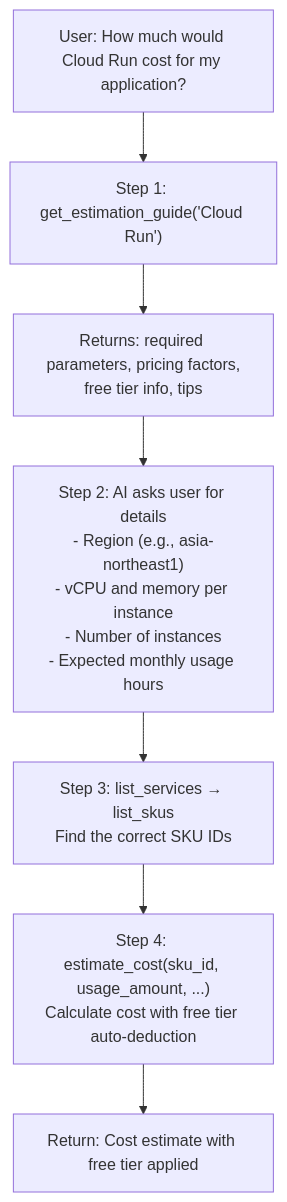
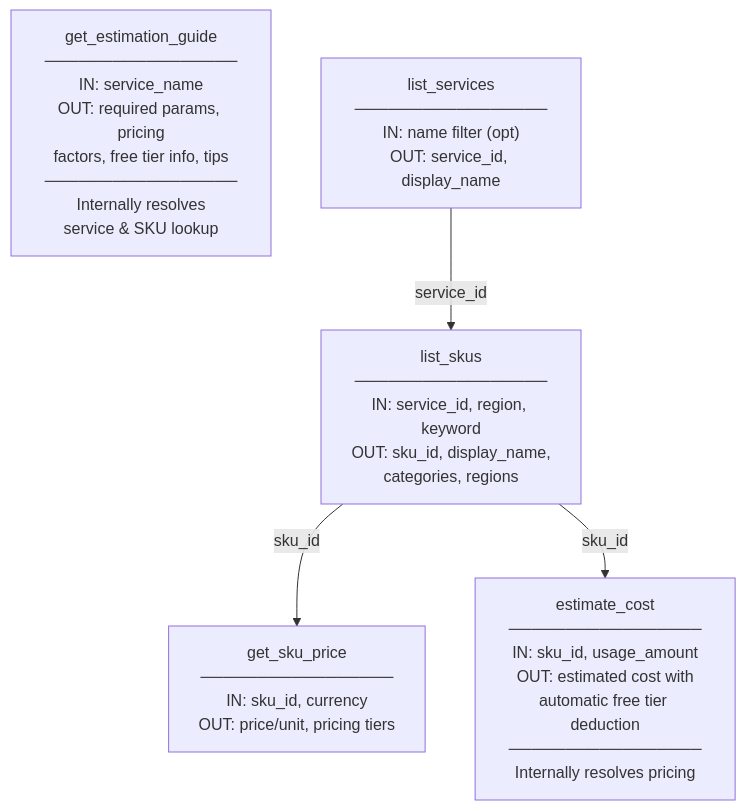
One commit to nozomi-koborinai/gcp-cost-mcp-server changed the first of 3 diagrams in README.md. Above: the diagram before and after it, drawn with Mermaid. The commit also changed other lines of this file, not shown here.

Commit message:
docs: replace sequential workflow with tool relationship diagram

````diff
--- a/README.md
+++ b/README.md
@@ -29,10 +27,16 @@
 ```mermaid
-flowchart TD
-    A["User: How much would Cloud Run cost for my application?"] --> B
-    B["Step 1: get_estimation_guide('Cloud Run')"] --> C
-    C["Returns: required parameters, pricing factors,<br/>free tier info, tips"] --> D
-    D["Step 2: AI asks user for details<br/>- Region (e.g., asia-northeast1)<br/>- vCPU and memory per instance<br/>- Number of instances<br/>- Expected monthly usage hours"] --> E
-    E["Step 3: list_services → list_skus<br/>Find the correct SKU IDs"] --> F
-    F["Step 4: estimate_cost(sku_id, usage_amount, ...)<br/>Calculate cost with free tier auto-deduction"] --> G
-    G["Return: Cost estimate with free tier applied"]
+graph TB
+    guide["get_estimation_guide<br/>─────────────────<br/>IN: service_name<br/>OUT: required params, pricing<br/>factors, free tier info, tips<br/>─────────────────<br/>Internally resolves<br/>service &amp; SKU lookup"]
+
+    services["list_services<br/>─────────────────<br/>IN: name filter (opt)<br/>OUT: service_id, display_name"]
+
+    skus["list_skus<br/>─────────────────<br/>IN: service_id, region, keyword<br/>OUT: sku_id, display_name,<br/>categories, regions"]
+
+    price["get_sku_price<br/>─────────────────<br/>IN: sku_id, currency<br/>OUT: price/unit, pricing tiers"]
+
+    cost["estimate_cost<br/>─────────────────<br/>IN: sku_id, usage_amount<br/>OUT: estimated cost with<br/>automatic free tier deduction<br/>─────────────────<br/>Internally resolves pricing"]
+
+    services -- "service_id" --> skus
+    skus -- "sku_id" --> price
+    skus -- "sku_id" --> cost
 ```
````
